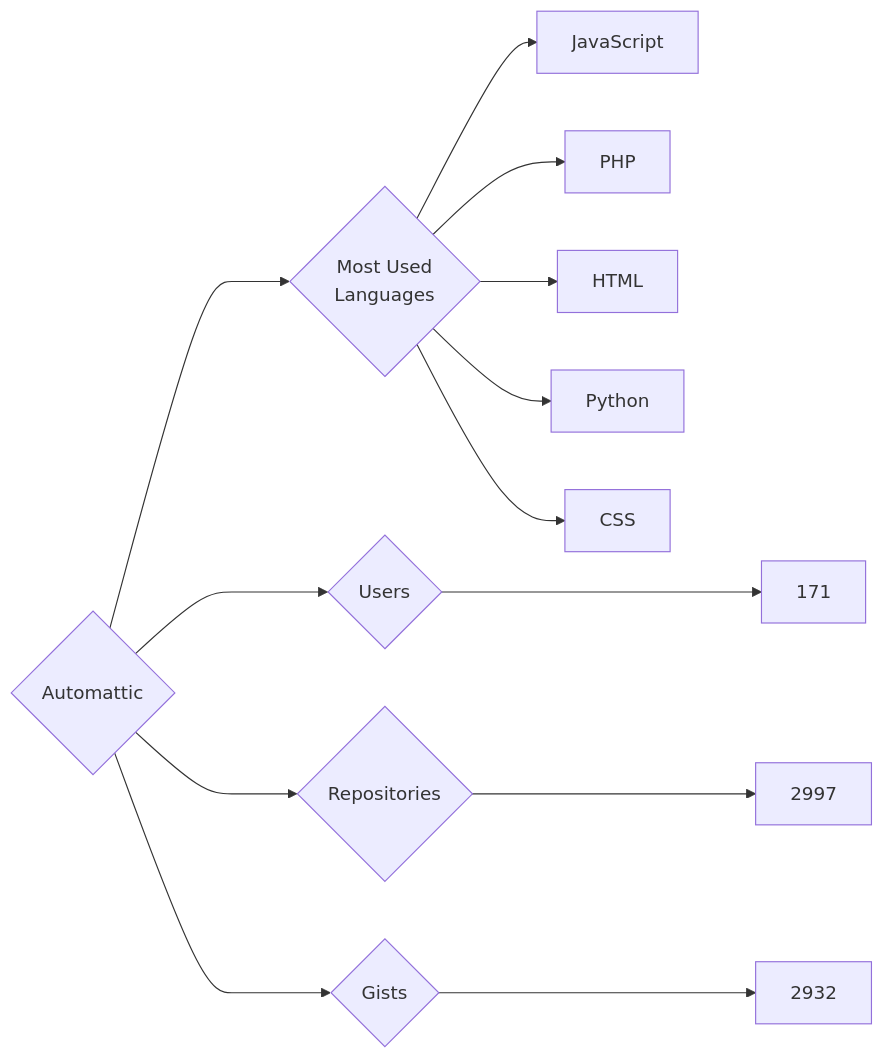
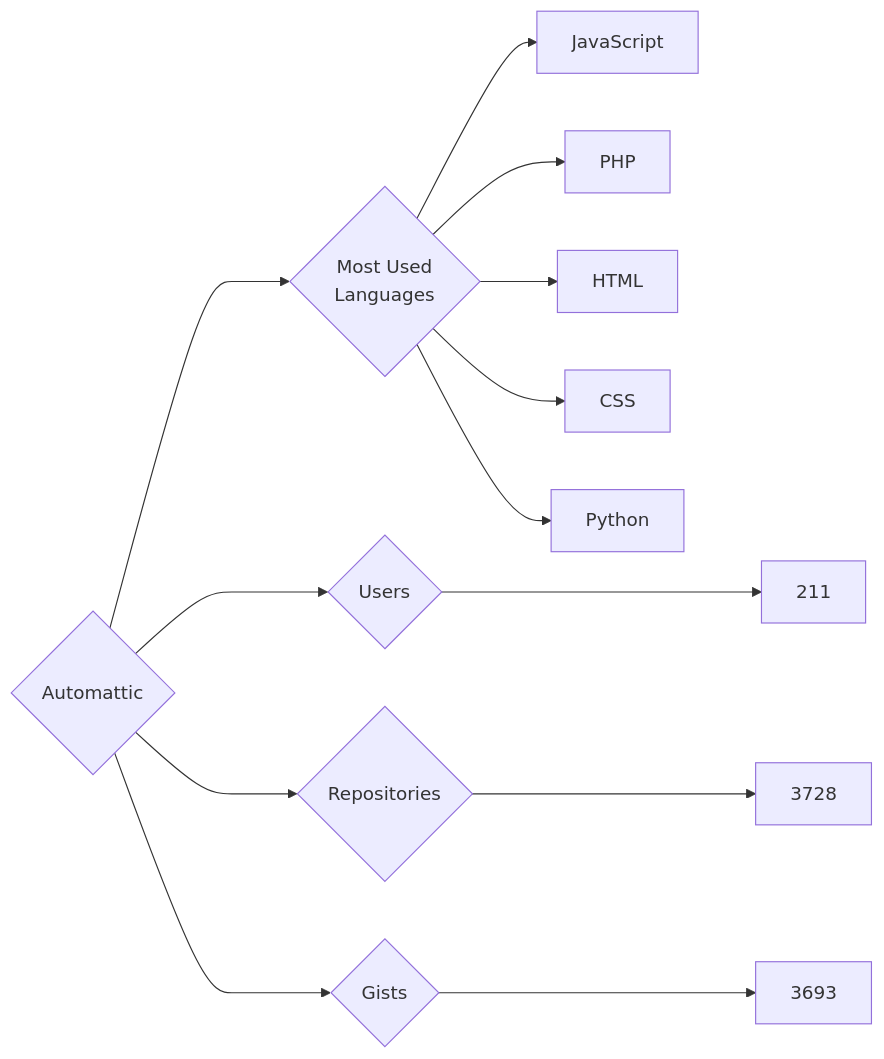
One commit to trickest/insiders changed the diagram in targets/Automattic/README.md. Above: the diagram before and after it, drawn with Mermaid. The commit also changed 657 other files, not shown here.

````diff
--- a/targets/Automattic/README.md
+++ b/targets/Automattic/README.md
@@ -3,13 +3,13 @@
 ```mermaid
 graph LR
 COMPANY_NAME{Automattic}
-COMPANY_NAME ---> U{Users} ---> UN[171]
-COMPANY_NAME ---> R{Repositories} ---> RN[2997]
-COMPANY_NAME ---> G{Gists} ---> GN[2932]
+COMPANY_NAME ---> U{Users} ---> UN[211]
+COMPANY_NAME ---> R{Repositories} ---> RN[3728]
+COMPANY_NAME ---> G{Gists} ---> GN[3693]
 COMPANY_NAME ---> ML{Most Used<br>Languages}
 ML --> JavaScript[JavaScript]
 ML --> PHP[PHP]
 ML --> HTML[HTML]
+ML --> CSS[CSS]
 ML --> Python[Python]
-ML --> CSS[CSS]
 ```
````
